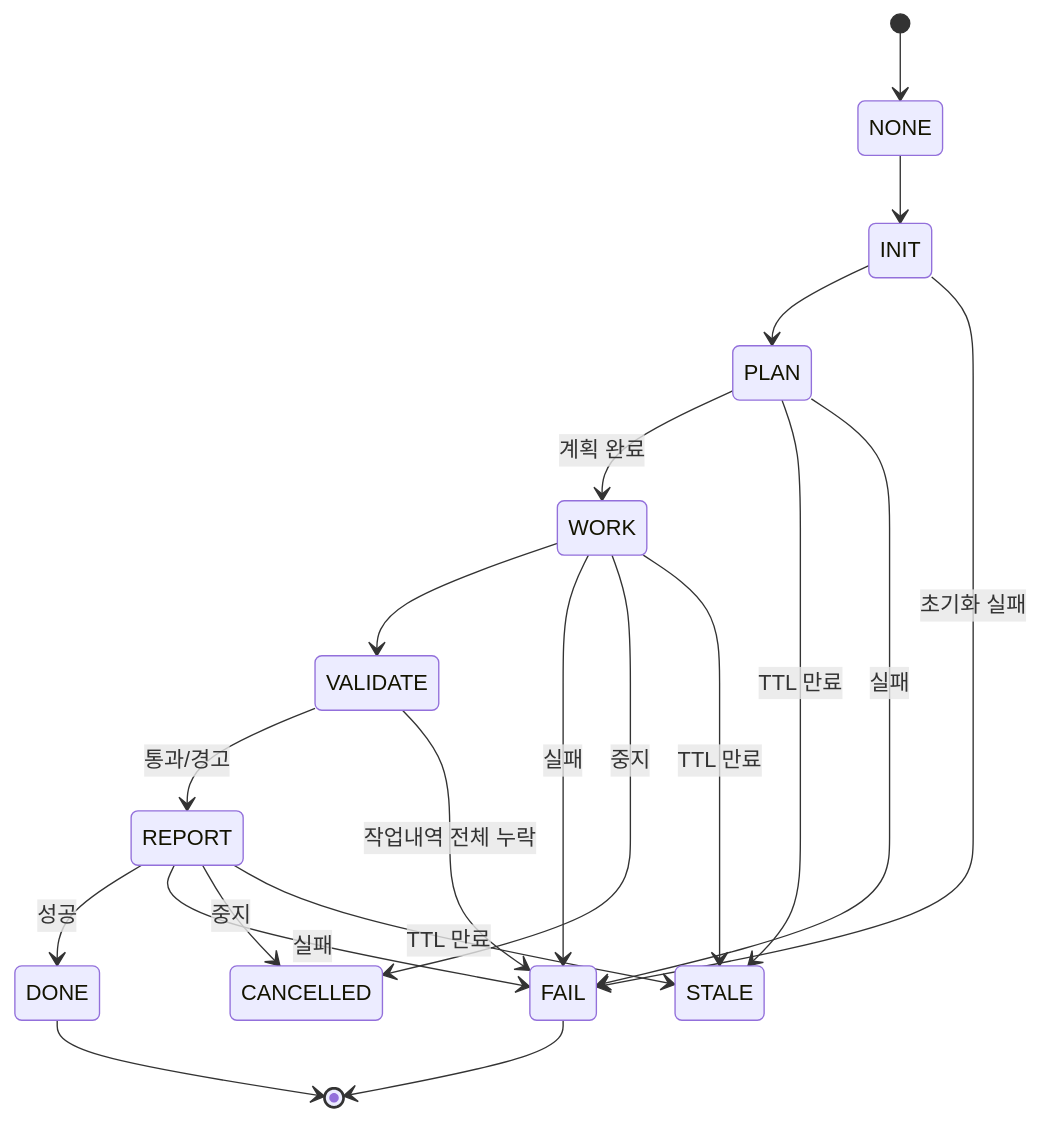
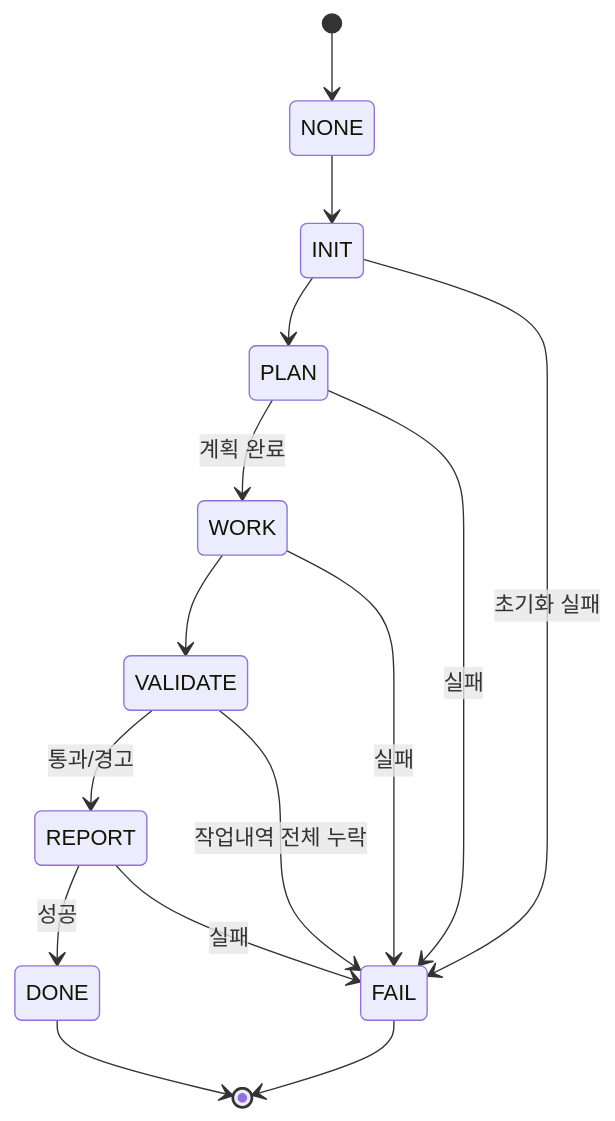
Before and after one commit to KoreanLeeChangHyun/claude-workflow: the diagram in .claude/skills/workflow-orchestration/SKILL.md, drawn with Mermaid. The commit also changed other lines of this file and 10 other files, not shown here.

````diff
--- a/.claude/skills/workflow-orchestration/SKILL.md
+++ b/.claude/skills/workflow-orchestration/SKILL.md
@@ -14,22 +14,17 @@
 ```mermaid
 stateDiagram-v2
     [*] --> NONE
     NONE --> INIT
     INIT --> PLAN
     INIT --> FAIL: 초기화 실패
     PLAN --> WORK: 계획 완료
-    PLAN --> STALE: TTL 만료
     PLAN --> FAIL: 실패
     WORK --> VALIDATE
     WORK --> FAIL: 실패
-    WORK --> CANCELLED: 중지
-    WORK --> STALE: TTL 만료
     VALIDATE --> REPORT: 통과/경고
     VALIDATE --> FAIL: 작업내역 전체 누락
     REPORT --> DONE: 성공
     REPORT --> FAIL: 실패
-    REPORT --> CANCELLED: 중지
-    REPORT --> STALE: TTL 만료
     DONE --> [*]
     FAIL --> [*]
 ```
````
